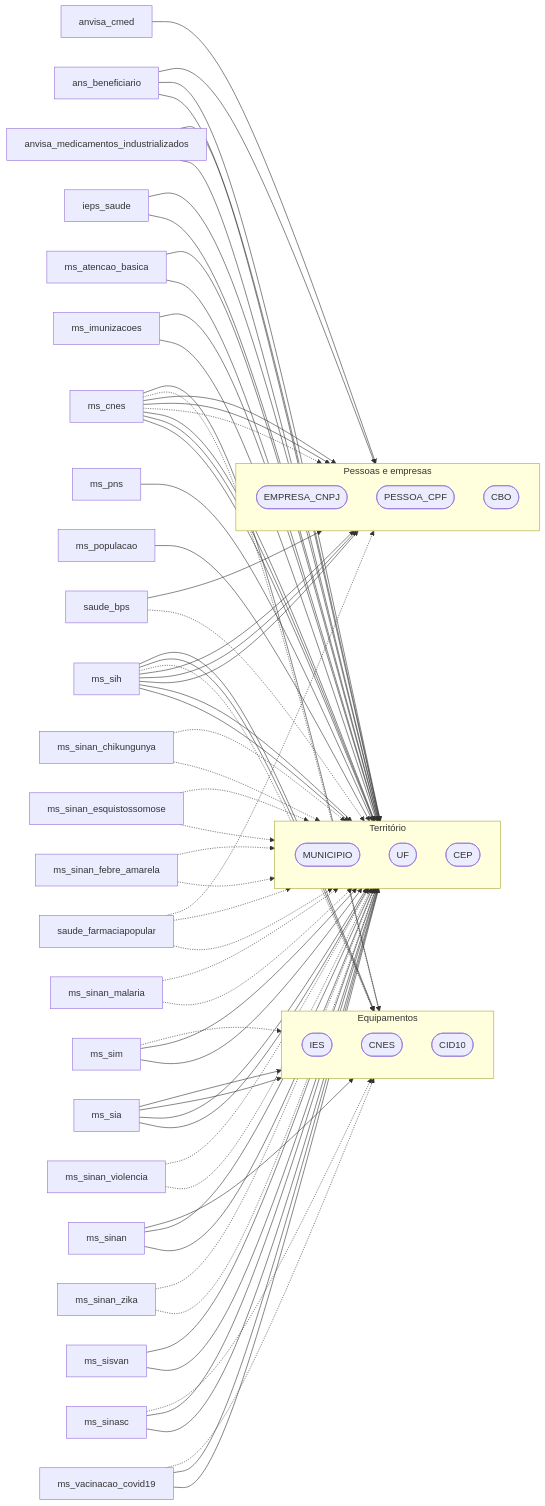
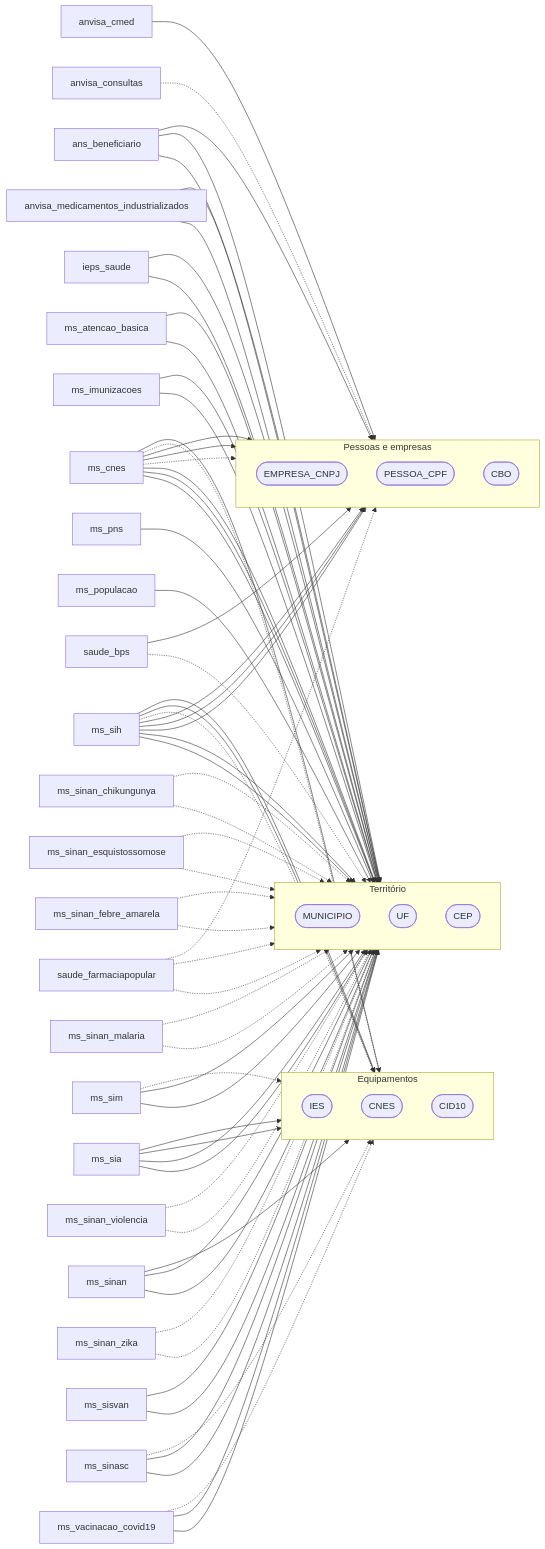
Before and after one commit to rafapolo/rodado: the third of 12 diagrams in docs/Flow.md, drawn with Mermaid. The commit also changed other lines of this file and 11 other files, not shown here.

```diff
--- a/docs/Flow.md
+++ b/docs/Flow.md
@@ -178,6 +178,7 @@
 flowchart LR
     saude_br_ans_beneficiario["ans_beneficiario"]
     saude_br_anvisa_cmed["anvisa_cmed"]
+    saude_br_anvisa_consultas["anvisa_consultas"]
     saude_br_anvisa_medicamentos_industrializados["anvisa_medicamentos_industrializados"]
     saude_br_ieps_saude["ieps_saude"]
     saude_br_ms_atencao_basica["ms_atencao_basica"]
@@ -222,6 +223,7 @@
     saude_br_ans_beneficiario --> saude_MUNICIPIO
     saude_br_ans_beneficiario --> saude_UF
     saude_br_anvisa_cmed --> saude_EMPRESA_CNPJ
+    saude_br_anvisa_consultas -.-> saude_EMPRESA_CNPJ
     saude_br_anvisa_medicamentos_industrializados --> saude_MUNICIPIO
     saude_br_anvisa_medicamentos_industrializados --> saude_UF
     saude_br_ieps_saude --> saude_MUNICIPIO
```
